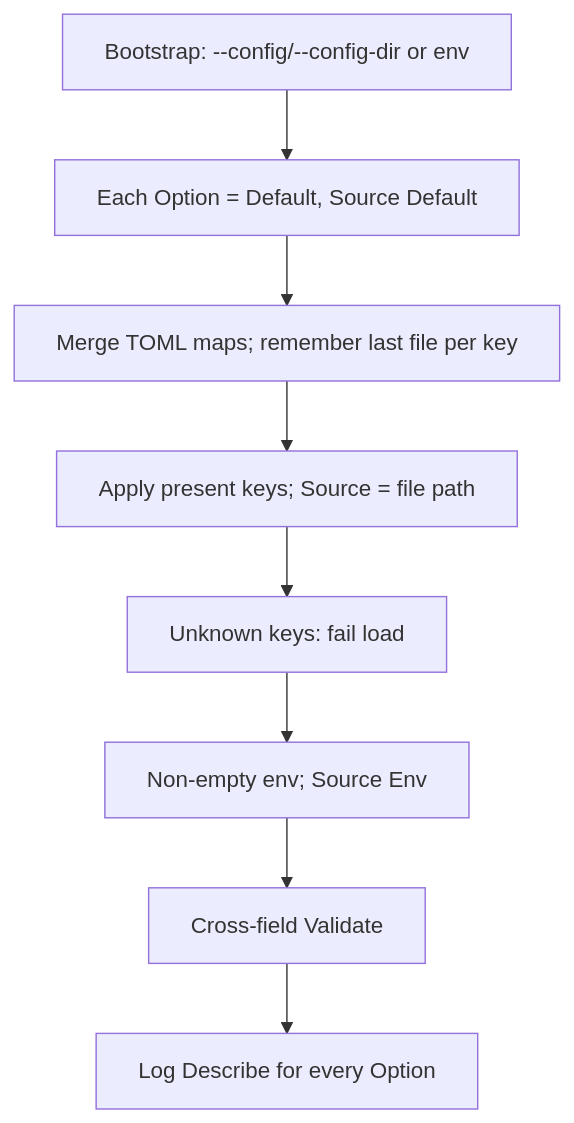
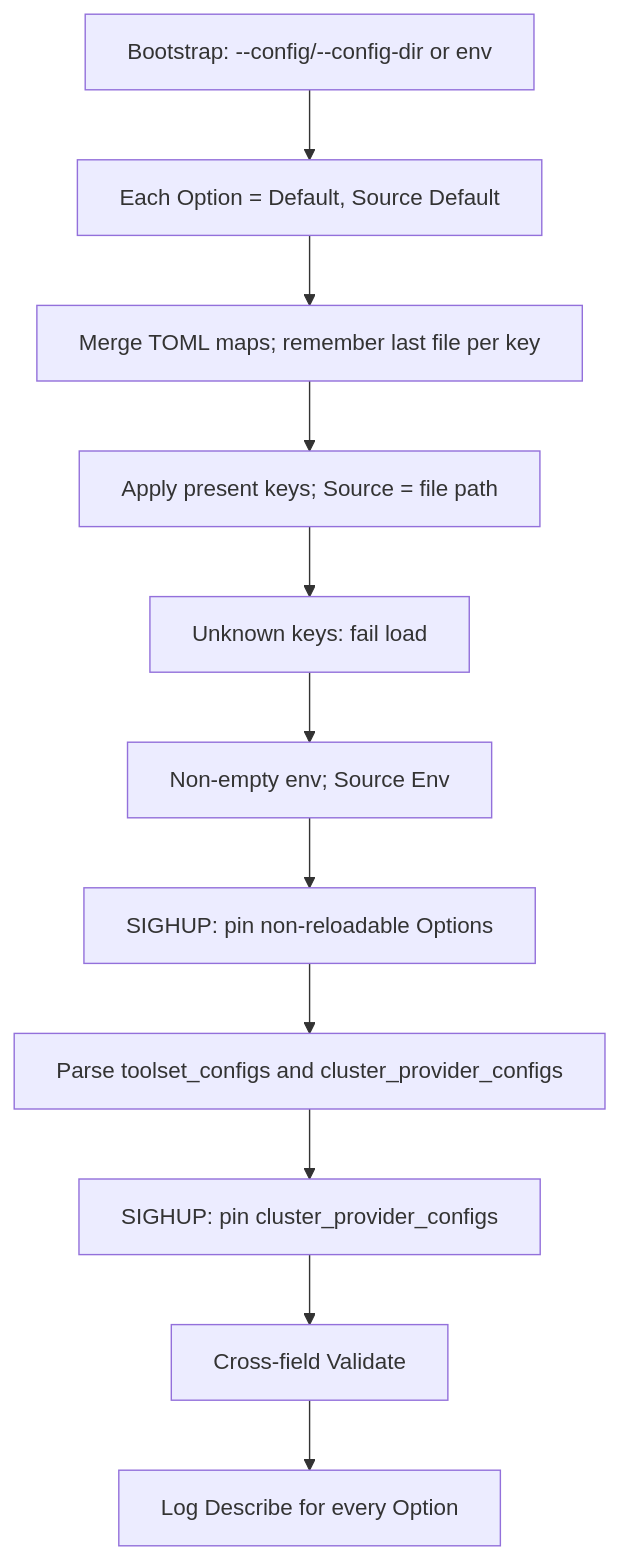
One commit to containers/kubernetes-mcp-server changed the diagram in docs/specs/config.md. Above: the diagram before and after it, drawn with Mermaid. The commit also changed other lines of this file and 11 other files, not shown here.

````diff
--- a/docs/specs/config.md
+++ b/docs/specs/config.md
@@ -233,17 +233,20 @@
 ```mermaid
 ---
 config:
   flowchart:
     wrappingWidth: 400
 ---
 flowchart TD
   boot[Bootstrap: --config/--config-dir or env]
   def["Each Option = Default, Source Default"]
   files[Merge TOML maps; remember last file per key]
   applyFile["Apply present keys; Source = file path"]
   unknown["Unknown keys: fail load"]
   applyEnv["Non-empty env; Source Env"]
+  pinOpts["SIGHUP: pin non-reloadable Options"]
+  parseExt["Parse toolset_configs and cluster_provider_configs"]
+  pinProv["SIGHUP: pin cluster_provider_configs"]
   xval[Cross-field Validate]
   dump[Log Describe for every Option]
-  boot --> def --> files --> applyFile --> unknown --> applyEnv --> xval --> dump
+  boot --> def --> files --> applyFile --> unknown --> applyEnv --> pinOpts --> parseExt --> pinProv --> xval --> dump
 ```
````
